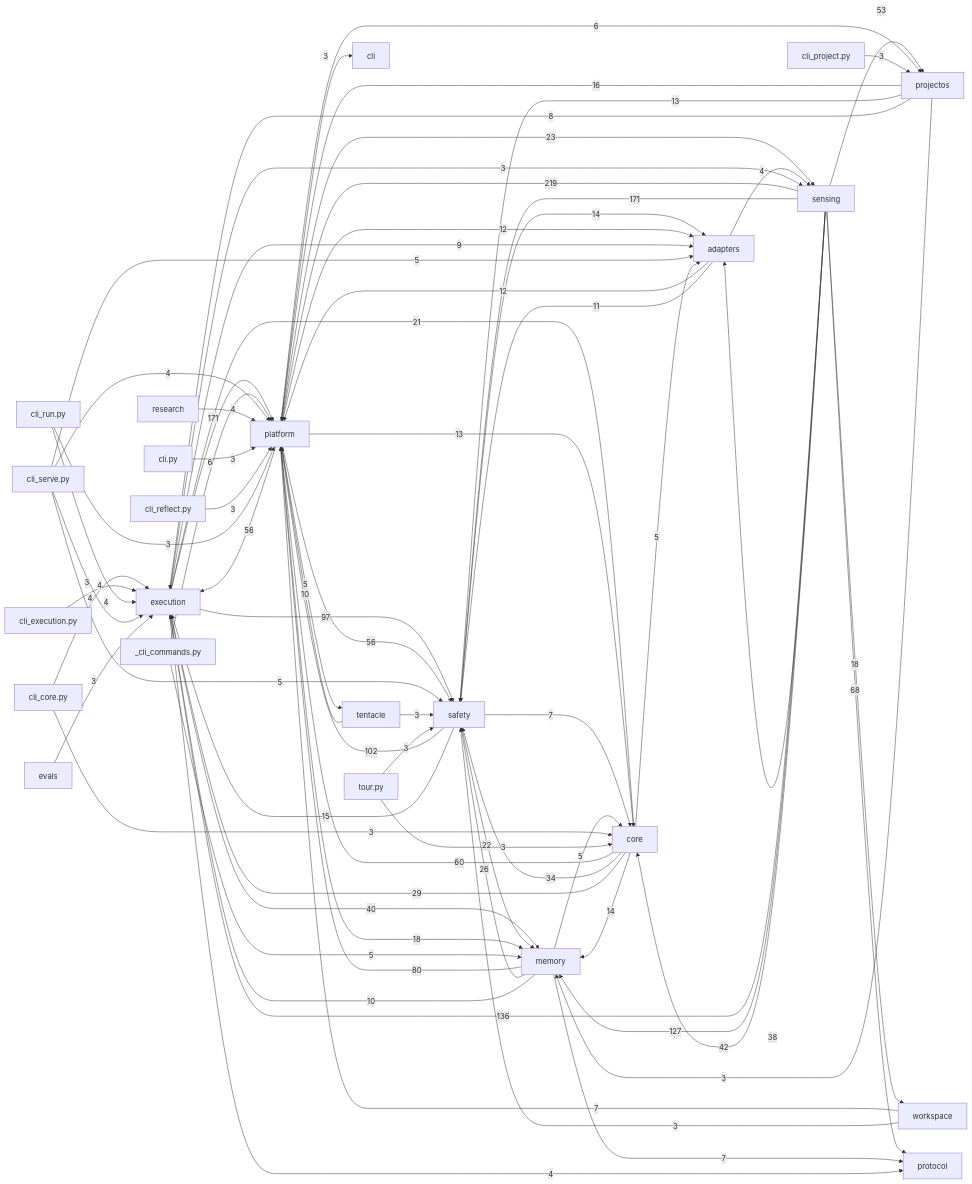
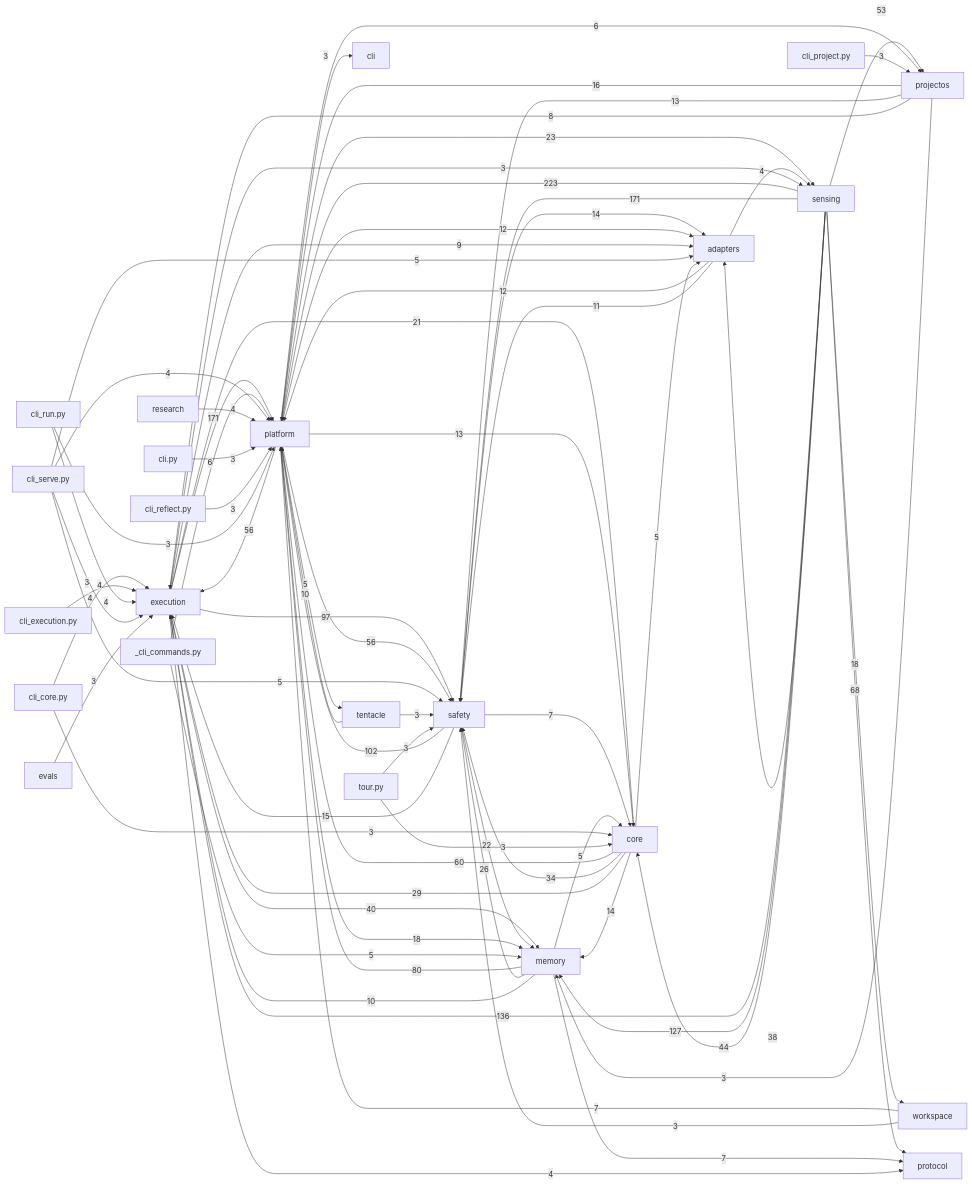
The diagram in docs/auto/20-backend/index.md (dengdenghua/echo-ai), drawn with Mermaid before and after one commit. The commit also changed 18 other files, not shown here.

````diff
--- a/docs/auto/20-backend/index.md
+++ b/docs/auto/20-backend/index.md
@@ -26,79 +26,79 @@
 ```mermaid
 graph LR
   execution[execution]
   core[core]
   safety[safety]
   memory[memory]
   sensing[sensing]
   adapters[adapters]
   platform[platform]
-  sensing -- 219 --> platform
+  sensing -- 223 --> platform
   execution -- 171 --> platform
   sensing -- 171 --> safety
   sensing -- 136 --> execution
   sensing -- 127 --> memory
   safety -- 102 --> platform
   execution -- 97 --> safety
   memory -- 80 --> platform
   sensing -- 68 --> protocol
   core -- 60 --> platform
   platform -- 56 --> execution
   platform -- 56 --> safety
   sensing -- 53 --> projectos
-  sensing -- 42 --> core
+  sensing -- 44 --> core
   execution -- 40 --> memory
   sensing -- 38 --> adapters
   core -- 34 --> safety
   core -- 29 --> execution
   memory -- 26 --> safety
   platform -- 23 --> sensing
   safety -- 22 --> memory
   execution -- 21 --> core
   platform -- 18 --> memory
   sensing -- 18 --> workspace
   projectos -- 16 --> platform
   safety -- 15 --> execution
   core -- 14 --> memory
   safety -- 14 --> adapters
   platform -- 13 --> core
   projectos -- 13 --> safety
   adapters -- 12 --> platform
   platform -- 12 --> adapters
   adapters -- 11 --> safety
   memory -- 10 --> execution
   tentacle -- 10 --> platform
   execution -- 9 --> adapters
   projectos -- 8 --> execution
   memory -- 7 --> protocol
   safety -- 7 --> core
   workspace -- 7 --> platform
   _cli_commands.py -- 6 --> platform
   platform -- 6 --> projectos
   _cli_commands.py -- 5 --> memory
   cli_serve.py -- 5 --> adapters
   cli_serve.py -- 5 --> safety
   core -- 5 --> adapters
   memory -- 5 --> core
   platform -- 5 --> tentacle
   adapters -- 4 --> sensing
   cli_core.py -- 4 --> execution
   cli_execution.py -- 4 --> execution
   cli_run.py -- 4 --> execution
   cli_serve.py -- 4 --> platform
   execution -- 4 --> protocol
   research -- 4 --> platform
   cli.py -- 3 --> platform
   cli_core.py -- 3 --> core
   cli_project.py -- 3 --> projectos
   cli_reflect.py -- 3 --> platform
   cli_run.py -- 3 --> platform
   cli_serve.py -- 3 --> execution
   evals -- 3 --> execution
   execution -- 3 --> sensing
   platform -- 3 --> cli
   projectos -- 3 --> memory
   tentacle -- 3 --> safety
   tour.py -- 3 --> core
   tour.py -- 3 --> safety
   workspace -- 3 --> safety
 ```
````
